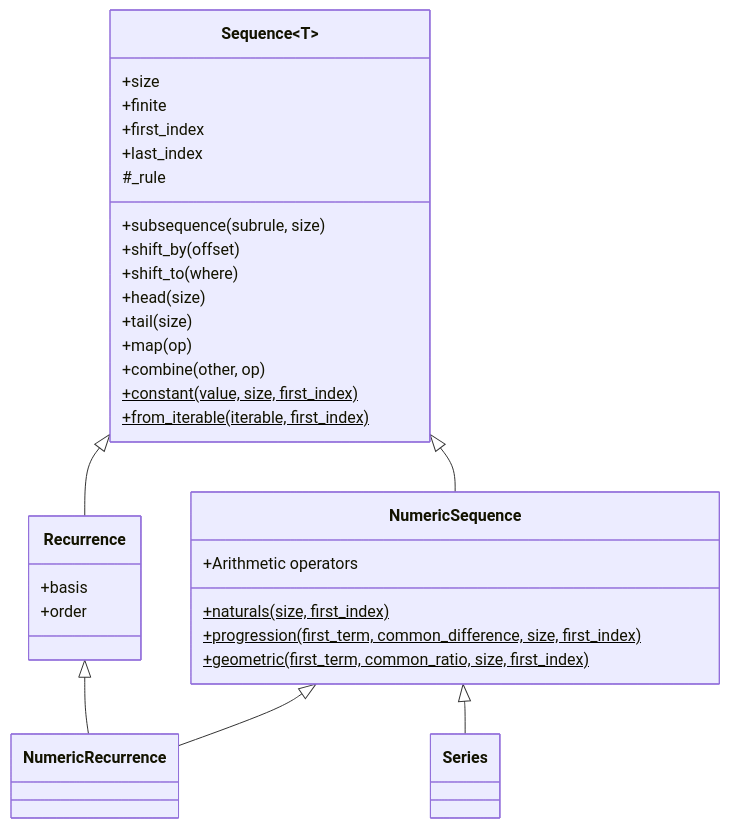
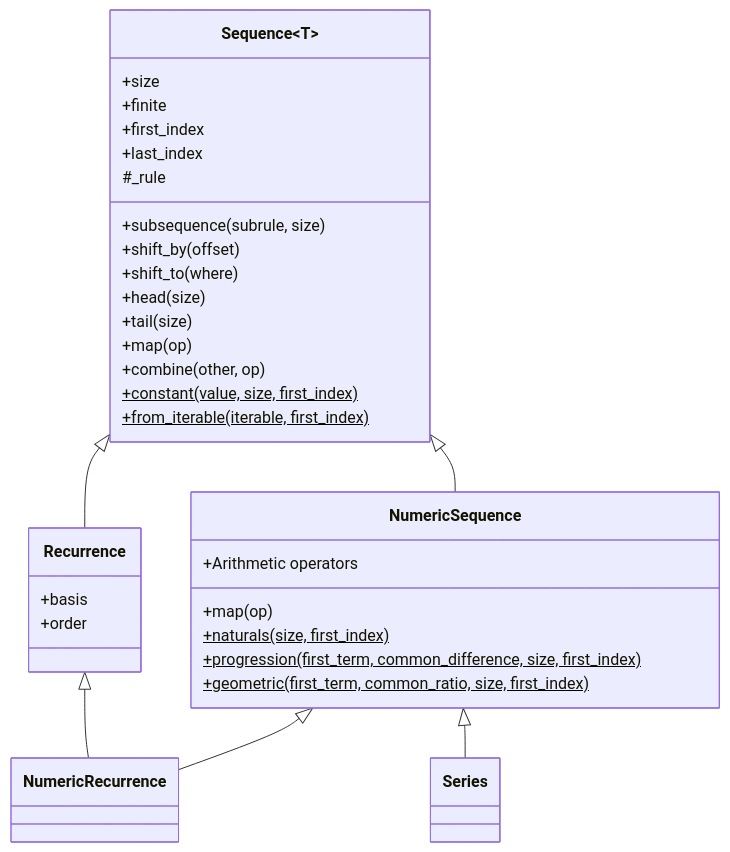
Before and after one commit to avikpln/calculus: the diagram in ARCHITECTURE.md, drawn with Mermaid. The commit also changed 2 other files, not shown here.

Commit message:
Add map() override in NumericSequence
NumericSequence.map() narrows the inherited signature to require the
operation to both accept and return a Number, letting the result stay
a NumericSequence instead of degrading to a plain Sequence.

````diff
--- a/ARCHITECTURE.md
+++ b/ARCHITECTURE.md
@@ -8,40 +8,41 @@
 ```mermaid
 classDiagram
     class Sequence~T~ {
         +size
         +finite
         +first_index
         +last_index
         +subsequence(subrule, size)
         +shift_by(offset)
         +shift_to(where)
         +head(size)
         +tail(size)
         +map(op)
         +combine(other, op)
         +constant(value, size, first_index)$
         +from_iterable(iterable, first_index)$
         #_rule
     }
 
     class NumericSequence {
         +Arithmetic operators
+        +map(op)
         +naturals(size, first_index)$
         +progression(first_term, common_difference, size, first_index)$
         +geometric(first_term, common_ratio, size, first_index)$
     }
 
     Sequence <|-- NumericSequence
 
     class Recurrence {
         +basis
         +order
     }
 
     Sequence <|-- Recurrence
 
     NumericSequence <|-- NumericRecurrence
     Recurrence <|-- NumericRecurrence
 
     NumericSequence <|-- Series
 ```
````
